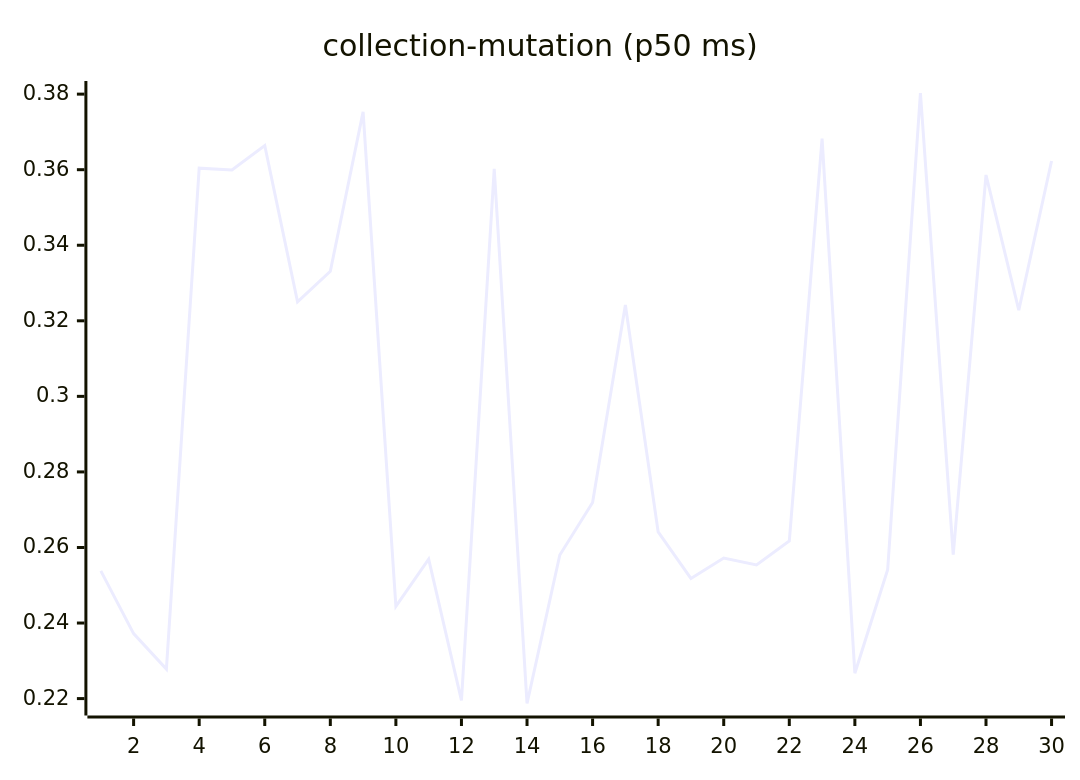
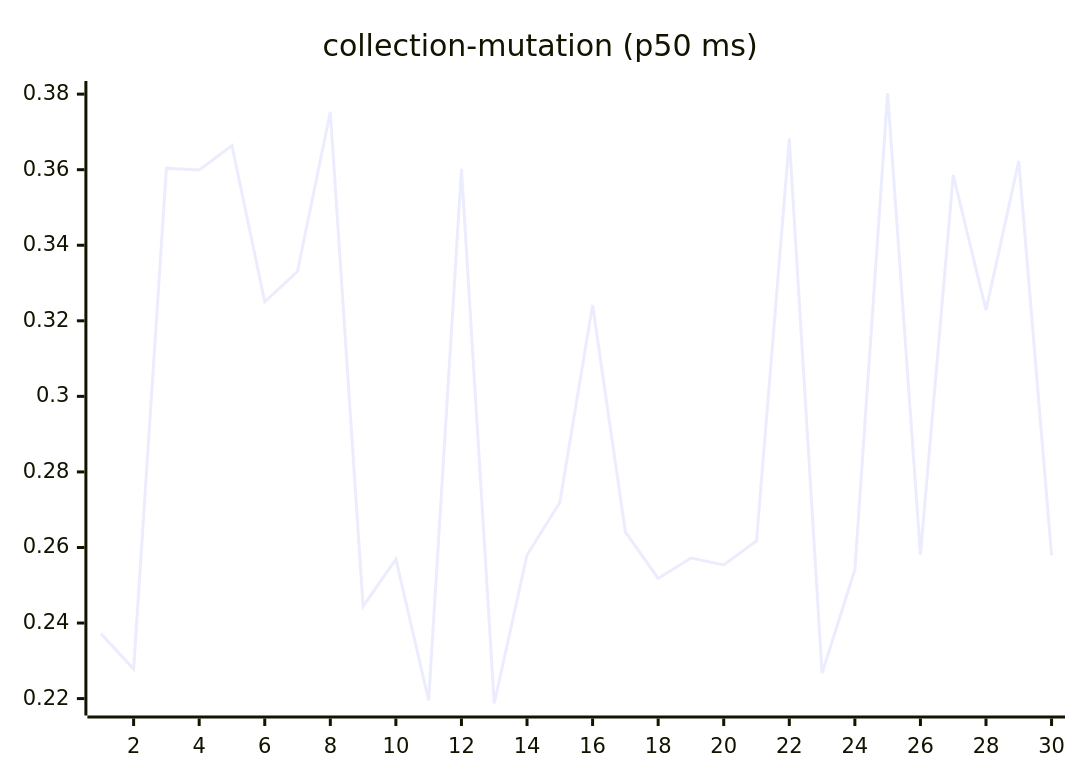
The sixth of 27 diagrams in README.md (josha/Facet), drawn with Mermaid before and after one commit. The commit also changed other lines of this file and 2 other files, not shown here.

````diff
--- a/README.md
+++ b/README.md
@@ -98,6 +98,6 @@
 ```mermaid
 xychart-beta
     title "collection-mutation (p50 ms)"
     x-axis 1 --> 30
-    line [0.2538, 0.2372, 0.2278, 0.3604, 0.3599, 0.3664, 0.3250, 0.3331, 0.3753, 0.2444, 0.2569, 0.2195, 0.3602, 0.2187, 0.2580, 0.2719, 0.3242, 0.2641, 0.2518, 0.2572, 0.2554, 0.2617, 0.3682, 0.2267, 0.2541, 0.3803, 0.2581, 0.3586, 0.3228, 0.3623]
+    line [0.2372, 0.2278, 0.3604, 0.3599, 0.3664, 0.3250, 0.3331, 0.3753, 0.2444, 0.2569, 0.2195, 0.3602, 0.2187, 0.2580, 0.2719, 0.3242, 0.2641, 0.2518, 0.2572, 0.2554, 0.2617, 0.3682, 0.2267, 0.2541, 0.3803, 0.2581, 0.3586, 0.3228, 0.3623, 0.2579]
 ```
````
